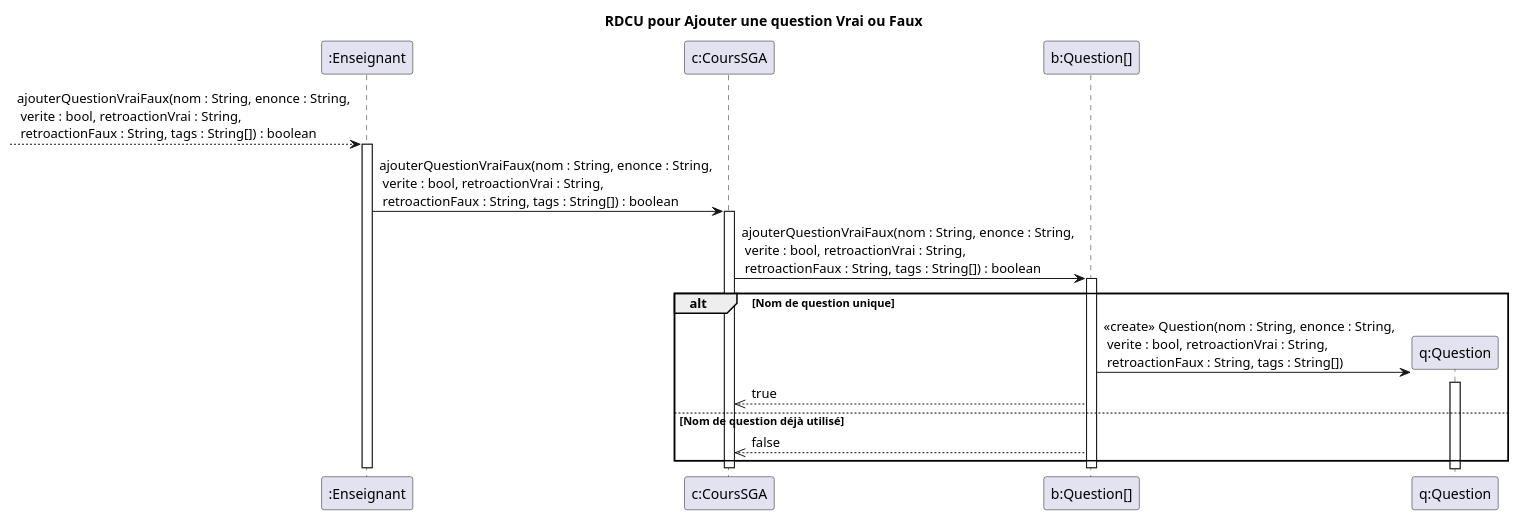
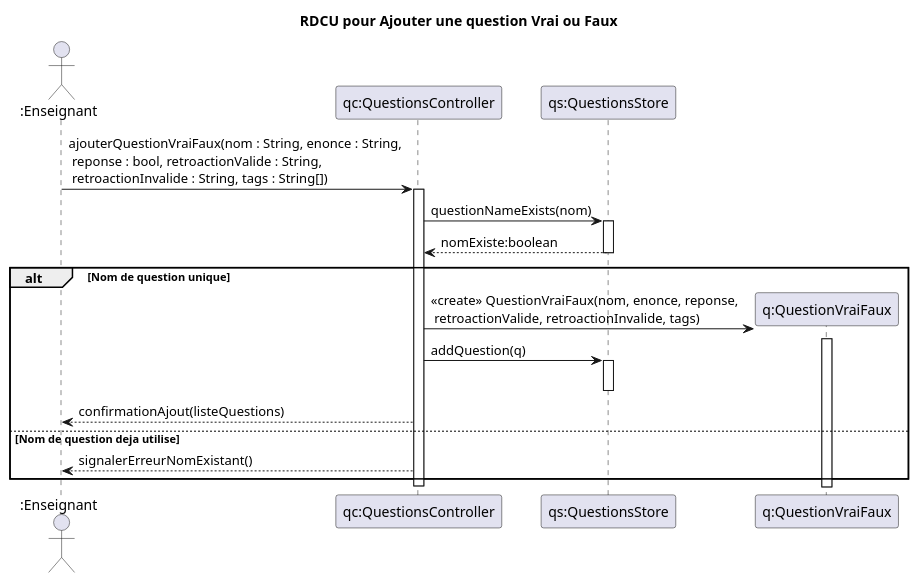
The diagram in docs/modeles/cu02/rdcu-ajouter-question-vf.puml (xMrYahya/moodle-clone), drawn with PlantUML before and after one commit. The commit also changed 2 other files, not shown here.

Commit message:
Correction des diagrammes

```diff
--- a/docs/modeles/cu02/rdcu-ajouter-question-vf.puml
+++ b/docs/modeles/cu02/rdcu-ajouter-question-vf.puml
@@ -1,25 +1,33 @@
 @startuml
 title RDCU pour Ajouter une question Vrai ou Faux
-participant ":Enseignant" as e
-participant "c:CoursSGA" as c
-participant "b:Question[]" as b
-participant "q:Question" as q
 
--->e : ajouterQuestionVraiFaux(nom : String, enonce : String,\n verite : bool, retroactionVrai : String,\n retroactionFaux : String, tags : String[]) : boolean
-activate e
-    e->c : ajouterQuestionVraiFaux(nom : String, enonce : String,\n verite : bool, retroactionVrai : String,\n retroactionFaux : String, tags : String[]) : boolean
-    activate c
-      c->b : ajouterQuestionVraiFaux(nom : String, enonce : String,\n verite : bool, retroactionVrai : String,\n retroactionFaux : String, tags : String[]) : boolean
-        activate b
-            alt Nom de question unique 
-                b-> q **: <<create>> Question(nom : String, enonce : String,\n verite : bool, retroactionVrai : String,\n retroactionFaux : String, tags : String[])
-                activate q
-                deactivate q
-                b-->> c : true
-            else Nom de question déjà utilisé
-                b-->> c : false
-            end alt
-        deactivate b
-    deactivate c
-deactivate e
+actor ":Enseignant" as e
+participant "qc:QuestionsController" as QC
+participant "qs:QuestionsStore" as QS
+participant "q:QuestionVraiFaux" as Q
+
+e -> QC : ajouterQuestionVraiFaux(nom : String, enonce : String,\n reponse : bool, retroactionValide : String,\n retroactionInvalide : String, tags : String[])
+activate QC
+
+QC -> QS : questionNameExists(nom)
+activate QS
+QS --> QC : nomExiste:boolean
+deactivate QS
+
+alt Nom de question unique
+    create Q
+    QC -> Q : <<create>> QuestionVraiFaux(nom, enonce, reponse,\n retroactionValide, retroactionInvalide, tags)
+    activate Q
+    deactivate Q
+
+    QC -> QS : addQuestion(q)
+    activate QS
+    deactivate QS
+
+    QC --> e : confirmationAjout(listeQuestions)
+else Nom de question deja utilise
+    QC --> e : signalerErreurNomExistant()
+end
+
+deactivate QC
 @enduml
```
